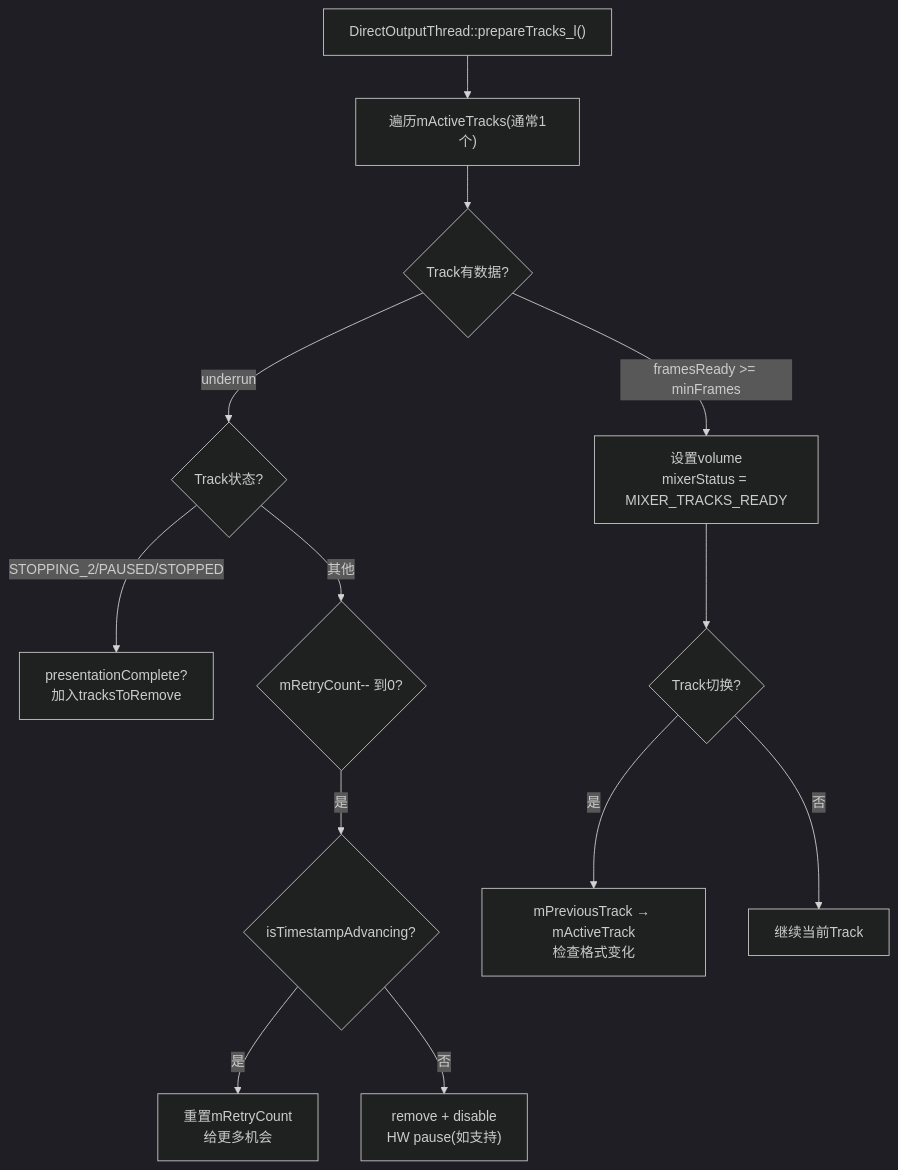
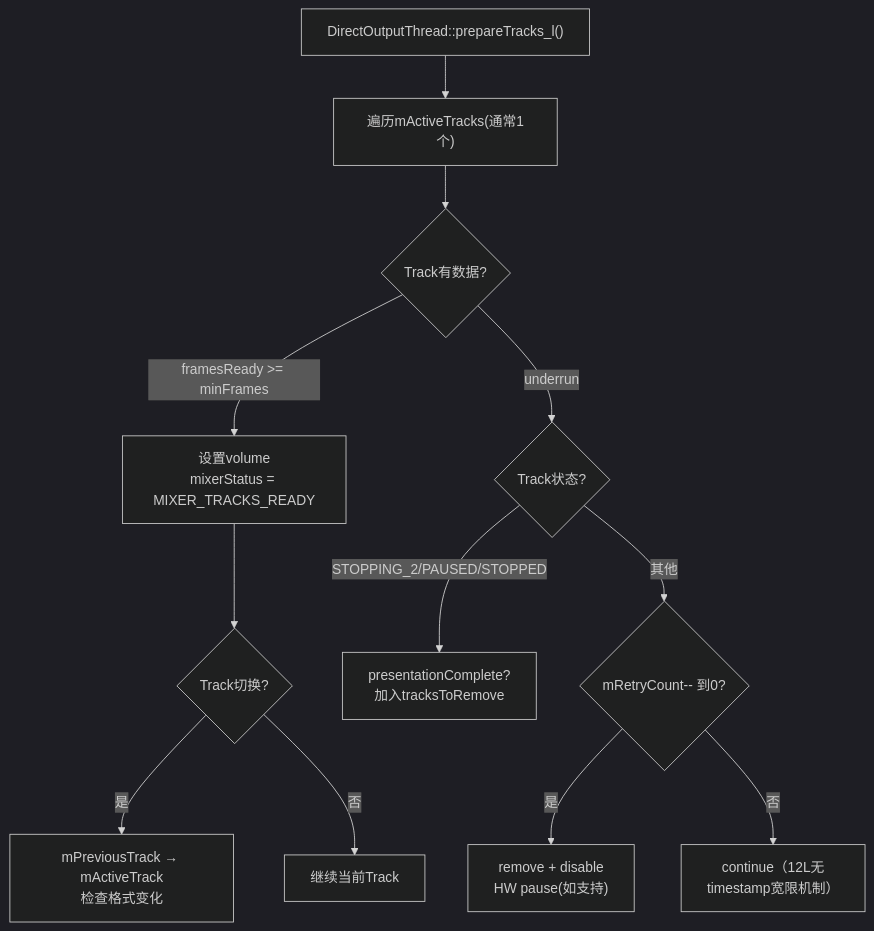
Before and after one commit to yanglinzhen1022/SA8295_AAOS_QNX_Audio_KnowledgeBase: the seventh of 8 diagrams in 05_AudioFlinger/05_5.3_PlaybackThread核心循环.md, drawn with Mermaid (dark theme). The commit also changed other lines of this file and 12 other files, not shown here.

````diff
--- a/05_AudioFlinger/05_5.3_PlaybackThread核心循环.md
+++ b/05_AudioFlinger/05_5.3_PlaybackThread核心循环.md
@@ -617,15 +617,14 @@
 ```mermaid
 flowchart TD
     A["DirectOutputThread::prepareTracks_l()"] --> B["遍历mActiveTracks(通常1个)"]
     B --> C{"Track有数据?"}
     C -->|framesReady >= minFrames| D["设置volume<br>mixerStatus = MIXER_TRACKS_READY"]
     C -->|underrun| E{"Track状态?"}
     E -->|STOPPING_2/PAUSED/STOPPED| F["presentationComplete?<br>加入tracksToRemove"]
     E -->|其他| G{"mRetryCount-- 到0?"}
-    G -->|是| H{"isTimestampAdvancing?"}
-    H -->|是| I["重置mRetryCount<br>给更多机会"]
-    H -->|否| J["remove + disable<br>HW pause(如支持)"]
+    G -->|是| J["remove + disable<br>HW pause(如支持)"]
+    G -->|否| K2["continue（12L无<br>timestamp宽限机制）"]
     D --> K{"Track切换?"}
     K -->|是| L["mPreviousTrack → mActiveTrack<br>检查格式变化"]
     K -->|否| M["继续当前Track"]
 ```
````
